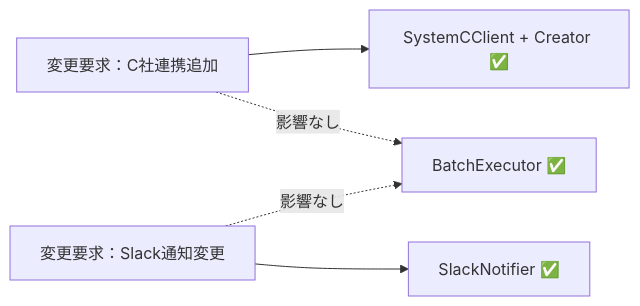
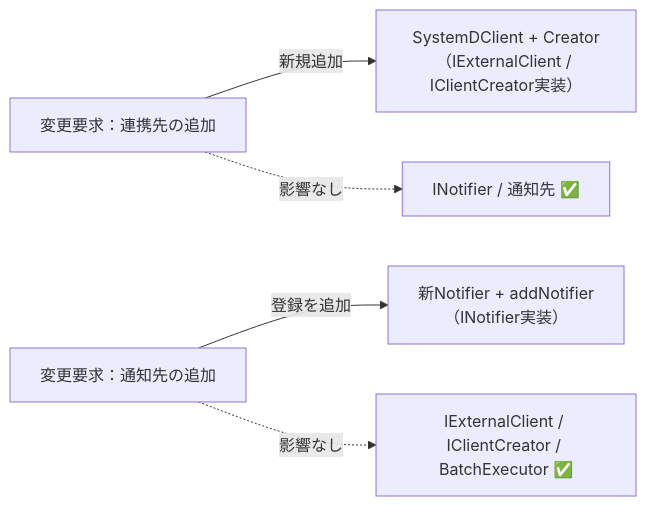
One commit to kumachan1101-pixel/DesignPattern changed the tenth of 12 diagrams in kindle/design-patterns/output/chapter10.md. Above: the diagram before and after it, drawn with Mermaid. The commit also changed other lines of this file and 1 other file, not shown here.

````diff
--- a/kindle/design-patterns/output/chapter10.md
+++ b/kindle/design-patterns/output/chapter10.md
@@ -1734,7 +1668,9 @@
 ```mermaid
 graph LR
-    T1["変更要求：C社連携追加"] --> F1["SystemCClient + Creator ✅"]
-    T1 -. "影響なし" .-> A["BatchExecutor ✅"]
-    T2["変更要求：Slack通知変更"] --> F2["SlackNotifier ✅"]
-    T2 -. "影響なし" .-> A
+    T1["変更要求：連携先の追加"]
+        -->|新規追加| F1["SystemDClient + Creator<br>（IExternalClient / IClientCreator実装）"]
+    T2["変更要求：通知先の追加"]
+        -->|登録を追加| F2["新Notifier + addNotifier<br>（INotifier実装）"]
+    T1 -. "影響なし" .-> A["INotifier / 通知先 ✅"]
+    T2 -. "影響なし" .-> B["IExternalClient / IClientCreator / BatchExecutor ✅"]
 ```
````
